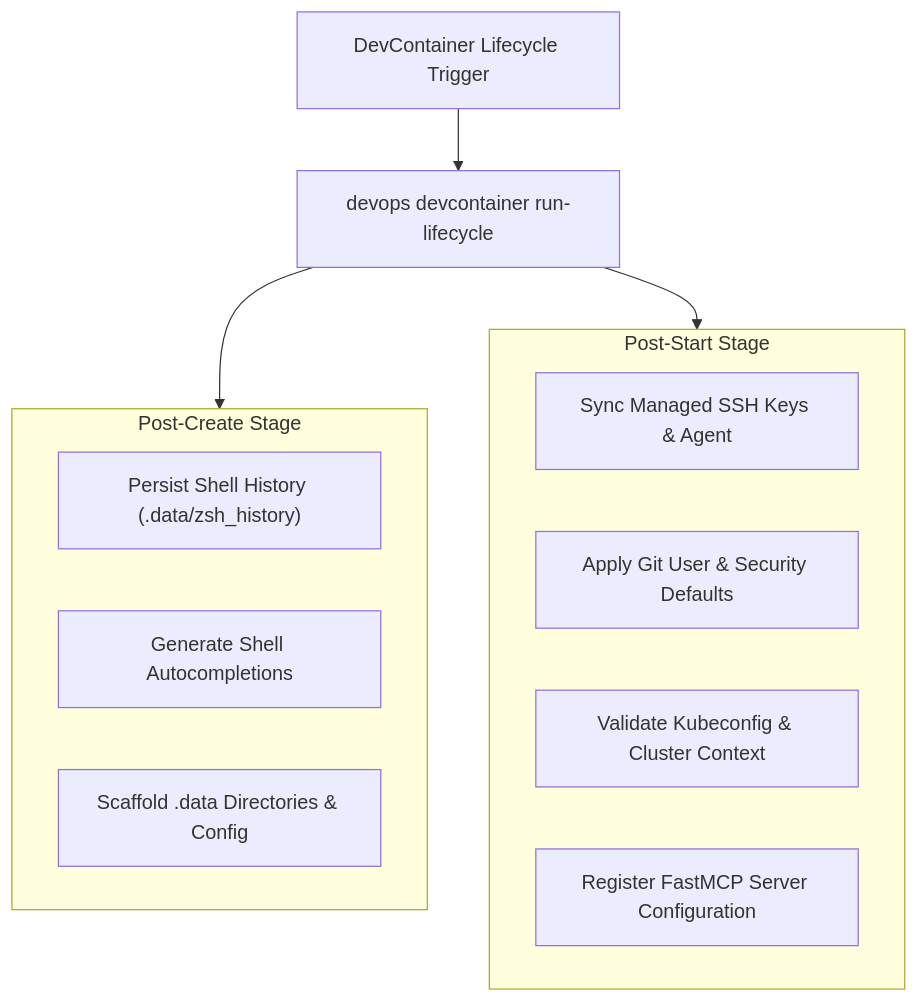
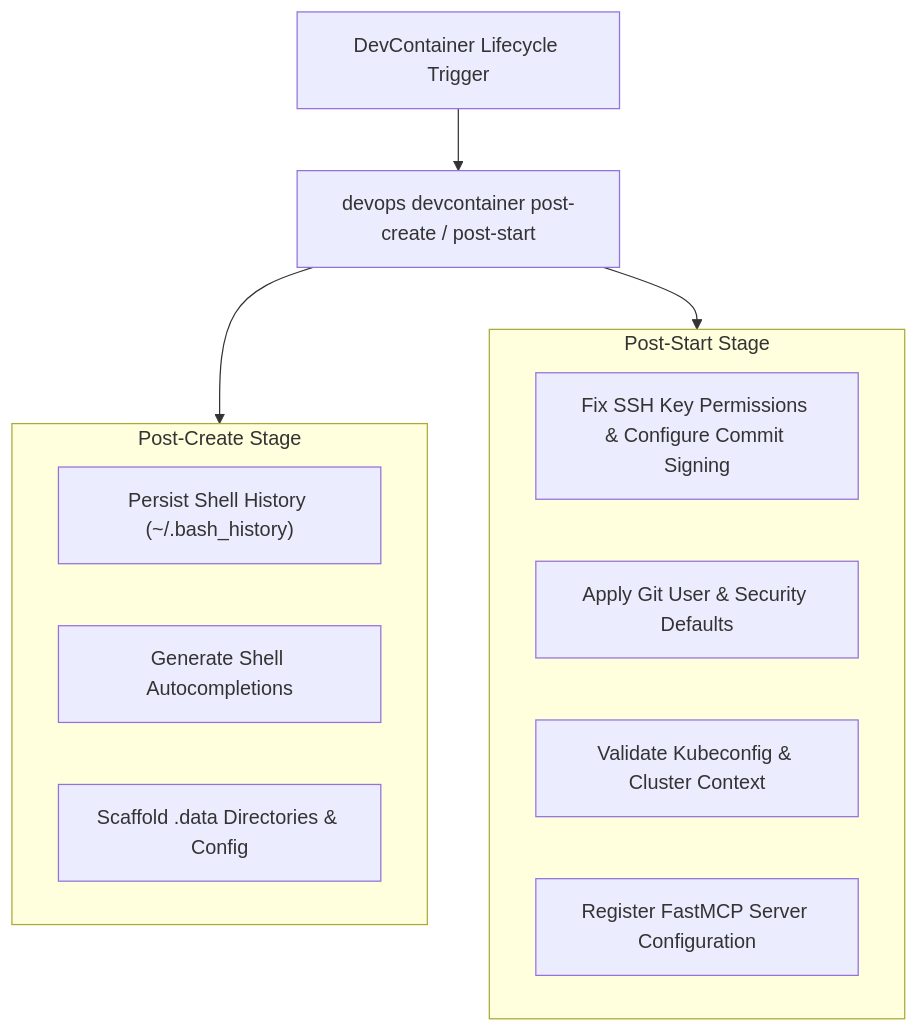
One commit to dan-petty/devops-cli changed the fourth of 4 diagrams in ARCHITECTURE.md. Above: the diagram before and after it, drawn with Mermaid. The commit also changed other lines of this file and 191 other files, not shown here.

````diff
--- a/ARCHITECTURE.md
+++ b/ARCHITECTURE.md
@@ -121,20 +121,20 @@
 ```mermaid
 flowchart TD
-    DC_HOOK["DevContainer Lifecycle Trigger"] --> PY_ENGINE["devops devcontainer run-lifecycle"]
+    DC_HOOK["DevContainer Lifecycle Trigger"] --> PY_ENGINE["devops devcontainer post-create / post-start"]
 
     subgraph PostCreateTasks["Post-Create Stage"]
-        T1["Persist Shell History (.data/zsh_history)"]
+        T1["Persist Shell History (~/.bash_history)"]
         T2["Generate Shell Autocompletions"]
         T3["Scaffold .data Directories & Config"]
     end
 
     subgraph PostStartTasks["Post-Start Stage"]
-        T4["Sync Managed SSH Keys & Agent"]
+        T4["Fix SSH Key Permissions & Configure Commit Signing"]
         T5["Apply Git User & Security Defaults"]
         T6["Validate Kubeconfig & Cluster Context"]
         T7["Register FastMCP Server Configuration"]
     end
 
     PY_ENGINE --> PostCreateTasks
     PY_ENGINE --> PostStartTasks
 ```
````
